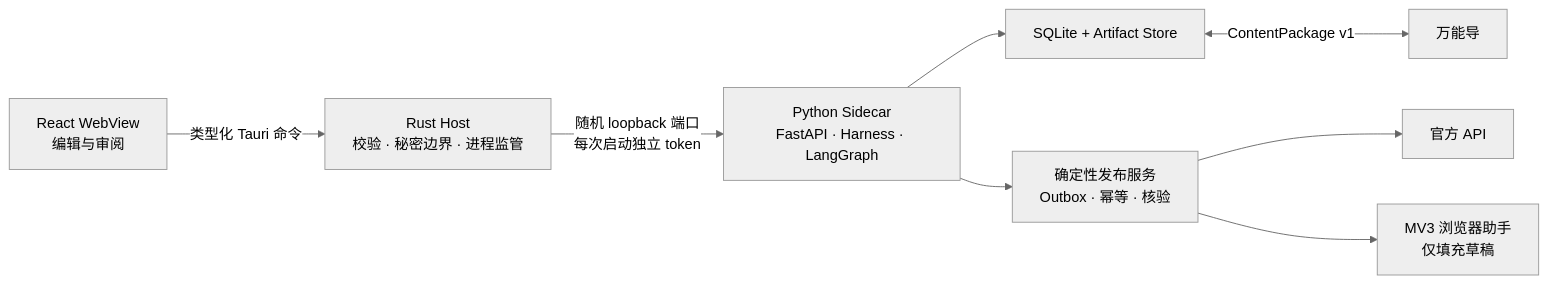
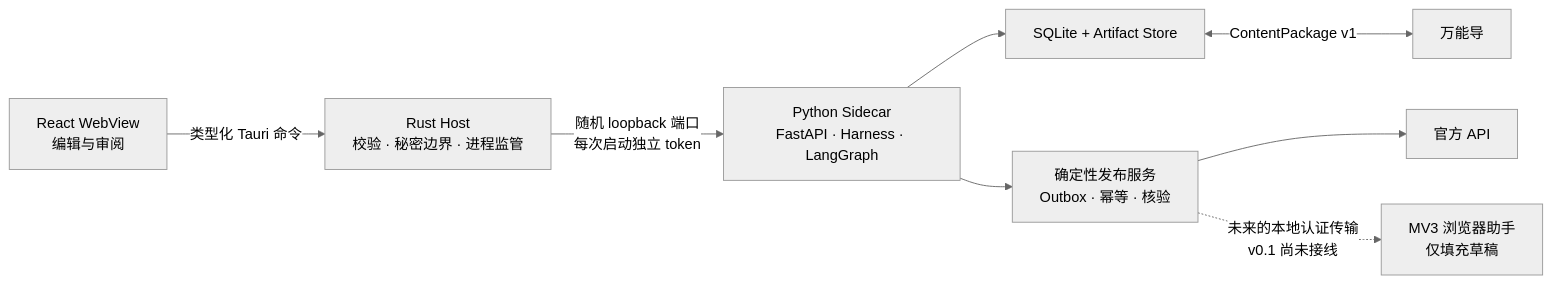
One commit to tllovesxs/open-publisher changed the diagram in README.md. Above: the diagram before and after it, drawn with Mermaid (neutral theme). The commit also changed other lines of this file and 9 other files, not shown here.

````diff
--- a/README.md
+++ b/README.md
@@ -40,10 +40,10 @@
 ```mermaid
 flowchart LR
     UI["React WebView<br/>编辑与审阅"] -->|"类型化 Tauri 命令"| Rust["Rust Host<br/>校验 · 秘密边界 · 进程监管"]
     Rust -->|"随机 loopback 端口<br/>每次启动独立 token"| Py["Python Sidecar<br/>FastAPI · Harness · LangGraph"]
     Py --> Store["SQLite + Artifact Store"]
     Py --> Outbox["确定性发布服务<br/>Outbox · 幂等 · 核验"]
     Outbox --> API["官方 API"]
-    Outbox --> Ext["MV3 浏览器助手<br/>仅填充草稿"]
+    Outbox -.->|"未来的本地认证传输<br/>v0.1 尚未接线"| Ext["MV3 浏览器助手<br/>仅填充草稿"]
     Store <-->|"ContentPackage v1"| Wandao["万能导"]
 ```
````
